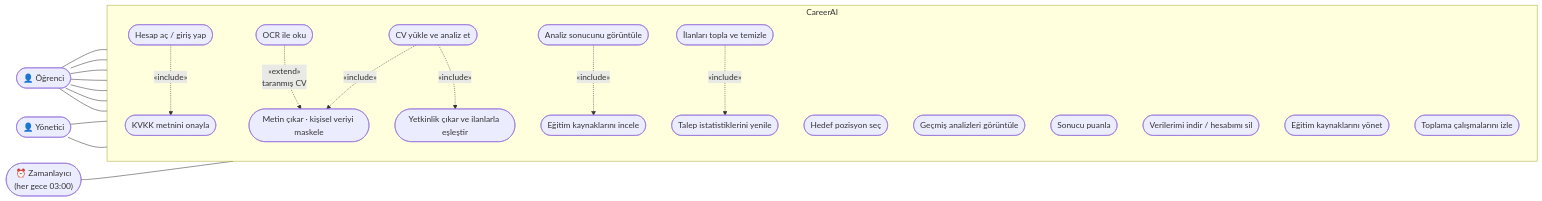
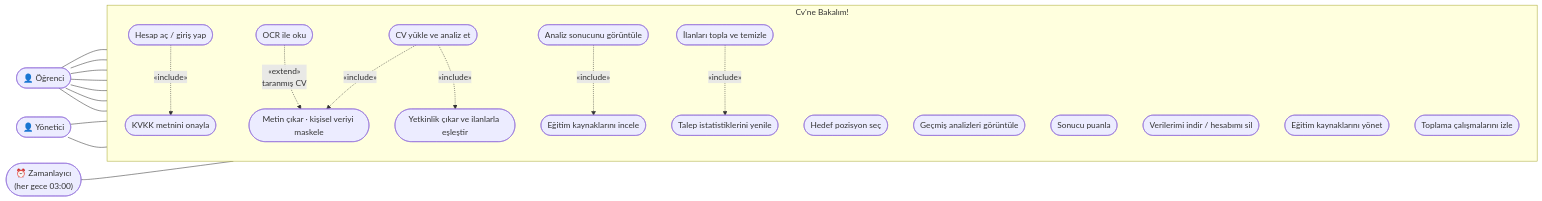
The diagram in docs/diagrams/use-case.md (AtaberkCakir2/Cv-ne-bakal-m-), drawn with Mermaid before and after one commit. The commit also changed 9 other files, not shown here.

````diff
--- a/docs/diagrams/use-case.md
+++ b/docs/diagrams/use-case.md
@@ -5,49 +5,49 @@
 ```mermaid
 flowchart LR
     ogrenci(["👤 Öğrenci"])
     admin(["👤 Yönetici"])
     zaman(["⏰ Zamanlayıcı<br/>(her gece 03:00)"])
 
-    subgraph sistem["CareerAI"]
+    subgraph sistem["Cv'ne Bakalım!"]
         direction TB
         UC1(["Hesap aç / giriş yap"])
         UC2(["KVKK metnini onayla"])
         UC3(["Hedef pozisyon seç"])
         UC4(["CV yükle ve analiz et"])
         UC5(["Analiz sonucunu görüntüle"])
         UC6(["Eğitim kaynaklarını incele"])
         UC7(["Geçmiş analizleri görüntüle"])
         UC8(["Sonucu puanla"])
         UC9(["Verilerimi indir / hesabımı sil"])
 
         UC10(["Metin çıkar · kişisel veriyi maskele"])
         UC11(["Yetkinlik çıkar ve ilanlarla eşleştir"])
         UC12(["OCR ile oku"])
 
         UC13(["Eğitim kaynaklarını yönet"])
         UC14(["Toplama çalışmalarını izle"])
 
         UC15(["İlanları topla ve temizle"])
         UC16(["Talep istatistiklerini yenile"])
     end
 
     ogrenci --- UC1
     ogrenci --- UC3
     ogrenci --- UC4
     ogrenci --- UC5
     ogrenci --- UC7
     ogrenci --- UC8
     ogrenci --- UC9
 
     admin --- UC13
     admin --- UC14
 
     zaman --- UC15
 
     UC1 -. "«include»" .-> UC2
     UC4 -. "«include»" .-> UC10
     UC4 -. "«include»" .-> UC11
     UC12 -. "«extend»<br/>taranmış CV" .-> UC10
     UC5 -. "«include»" .-> UC6
     UC15 -. "«include»" .-> UC16
 ```
````
